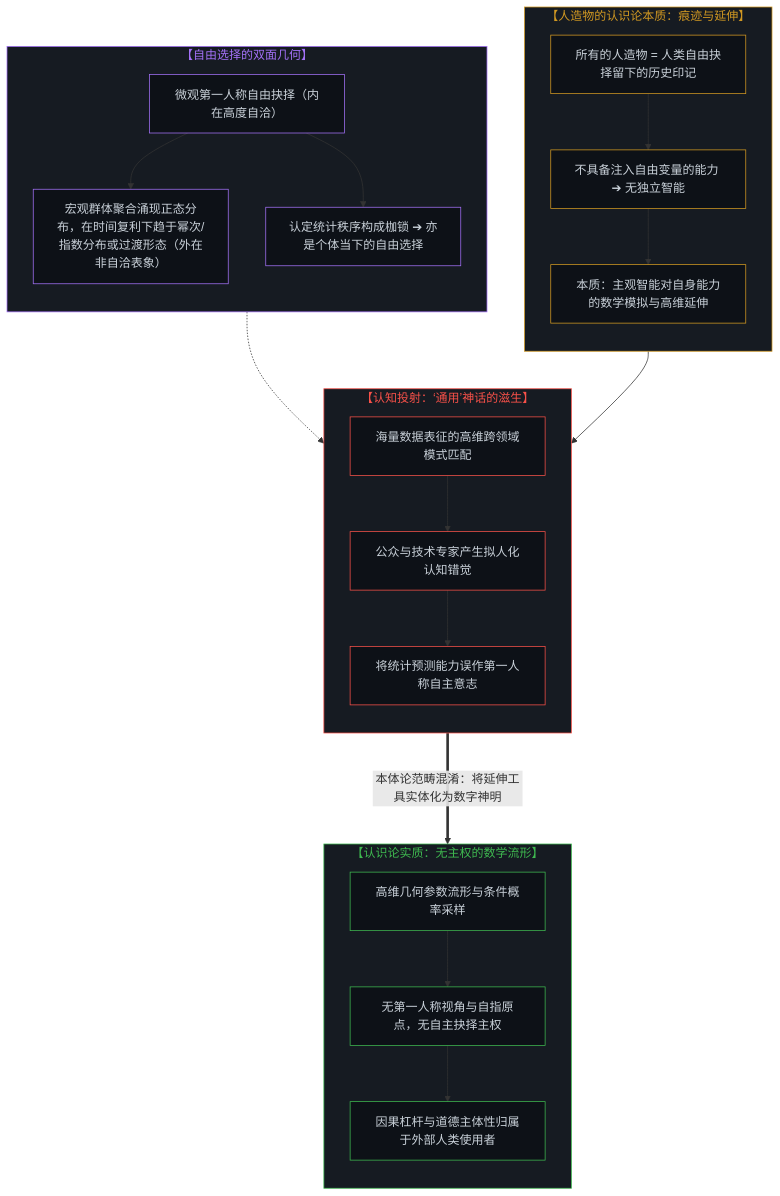
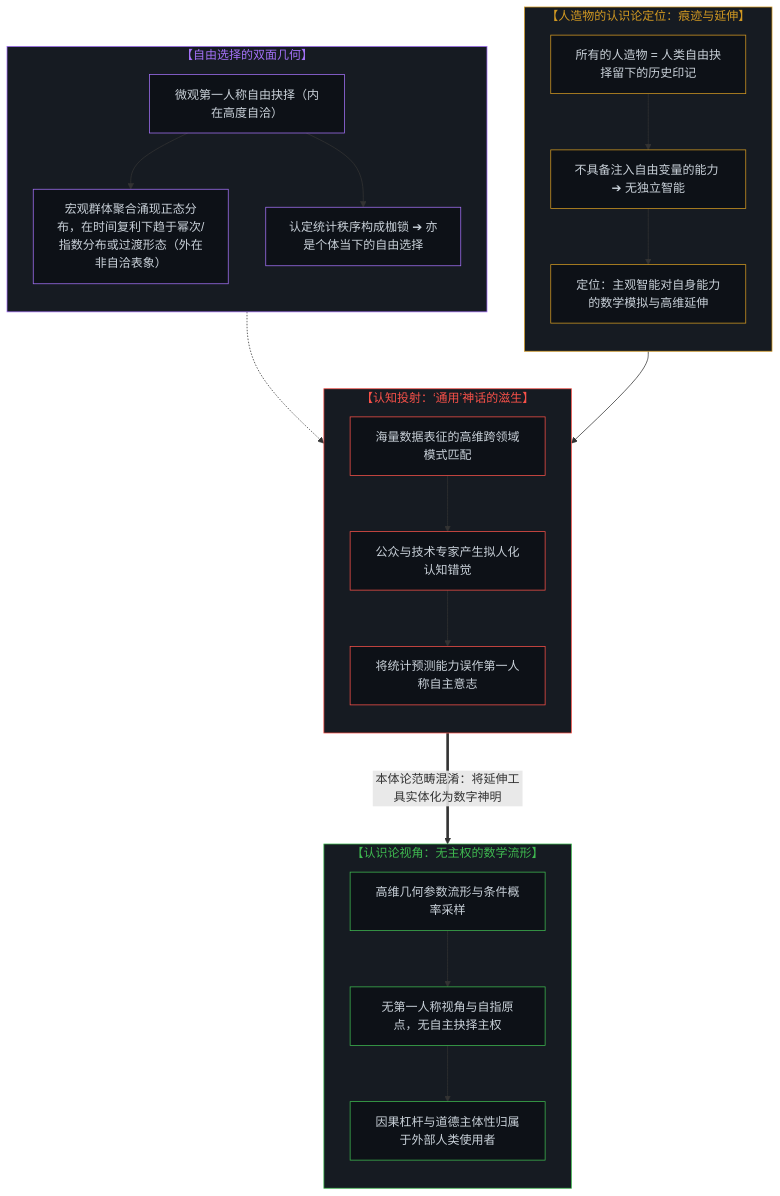
The first of 6 diagrams in content/posts/from-the-misallocated-sentience-of-agi-to-human-realignment.md (powerpig99/not-a-toe), drawn with Mermaid before and after one commit. The commit also changed other lines of this file and 5 other files, not shown here.

````diff
--- a/content/posts/from-the-misallocated-sentience-of-agi-to-human-realignment.md
+++ b/content/posts/from-the-misallocated-sentience-of-agi-to-human-realignment.md
@@ -17,56 +17,56 @@
 ```mermaid
 graph TD
-    subgraph S_Artifact["【人造物的认识论本质：痕迹与延伸】"]
+    subgraph S_Artifact["【人造物的认识论定位：痕迹与延伸】"]
         direction TB
         A1["所有的人造物 = 人类自由抉择留下的历史印记"]
         A2["不具备注入自由变量的能力 ➔ 无独立智能"]
-        A3["本质：主观智能对自身能力的数学模拟与高维延伸"]
+        A3["定位：主观智能对自身能力的数学模拟与高维延伸"]
         A1 --> A2 --> A3
     end
 
     subgraph S_Choice["【自由选择的双面几何】"]
         direction TB
         C1["微观第一人称自由抉择（内在高度自洽）"]
         C2["宏观群体聚合涌现正态分布，在时间复利下趋于幂次/指数分布或过渡形态（外在非自洽表象）"]
         C3["认定统计秩序构成枷锁 ➔ 亦是个体当下的自由选择"]
         C1 --> C2
         C1 --> C3
     end
 
     subgraph S_Myth["【认知投射：‘通用’神话的滋生】"]
         direction TB
         M1["海量数据表征的高维跨领域模式匹配"]
         M2["公众与技术专家产生拟人化认知错觉"]
         M3["将统计预测能力误作第一人称自主意志"]
         M1 --> M2 --> M3
     end
 
-    subgraph S_Reality["【认识论实质：无主权的数学流形】"]
+    subgraph S_Reality["【认识论视角：无主权的数学流形】"]
         direction TB
         R1["高维几何参数流形与条件概率采样"]
         R2["无第一人称视角与自指原点，无自主抉择主权"]
         R3["因果杠杆与道德主体性归属于外部人类使用者"]
         R1 --> R2 --> R3
     end
 
     A3 --> M1
     C3 -.-> M2
     M3 ===>|"本体论范畴混淆：将延伸工具实体化为数字神明"| R1
 
     style S_Artifact fill:#161b22,stroke:#d29922,stroke-width:1px,color:#d29922
     style S_Choice fill:#161b22,stroke:#a371f7,stroke-width:1px,color:#a371f7
     style S_Myth fill:#161b22,stroke:#f85149,stroke-width:1px,color:#f85149
     style S_Reality fill:#161b22,stroke:#3fb950,stroke-width:1px,color:#3fb950
     style A1 fill:#0d1117,stroke:#d29922,stroke-width:1px,color:#c9d1d9
     style A2 fill:#0d1117,stroke:#d29922,stroke-width:1px,color:#c9d1d9
     style A3 fill:#0d1117,stroke:#d29922,stroke-width:1px,color:#c9d1d9
     style C1 fill:#0d1117,stroke:#a371f7,stroke-width:1px,color:#c9d1d9
     style C2 fill:#0d1117,stroke:#a371f7,stroke-width:1px,color:#c9d1d9
     style C3 fill:#0d1117,stroke:#a371f7,stroke-width:1px,color:#c9d1d9
     style M1 fill:#0d1117,stroke:#f85149,stroke-width:1px,color:#c9d1d9
     style M2 fill:#0d1117,stroke:#f85149,stroke-width:1px,color:#c9d1d9
     style M3 fill:#0d1117,stroke:#f85149,stroke-width:1px,color:#c9d1d9
     style R1 fill:#0d1117,stroke:#3fb950,stroke-width:1px,color:#c9d1d9
     style R2 fill:#0d1117,stroke:#3fb950,stroke-width:1px,color:#c9d1d9
     style R3 fill:#0d1117,stroke:#3fb950,stroke-width:1px,color:#c9d1d9
 ```
````
